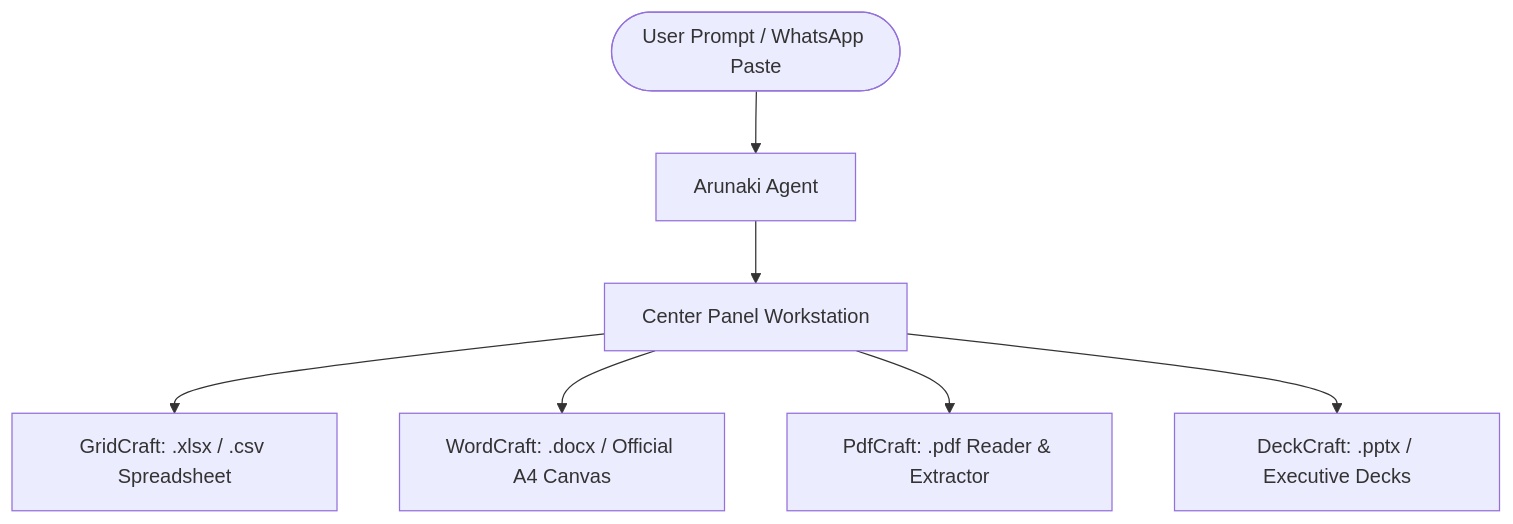
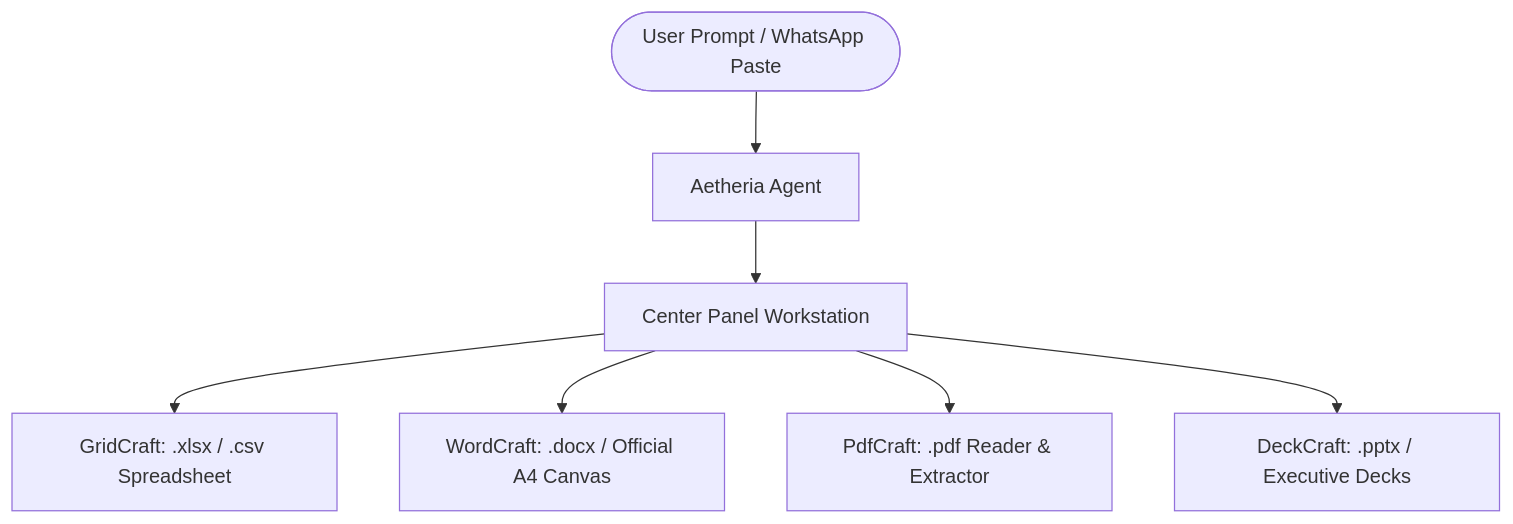
One commit to jlsrngo/AetheriaNexus changed the first of 2 diagrams in README.md. Above: the diagram before and after it, drawn with Mermaid. The commit also changed other lines of this file and 267 other files, not shown here.

Commit message:
chore(rebrand): complete migration from Arunaki to Aetheria across entire repository

````diff
--- a/README.md
+++ b/README.md
@@ -51,9 +51,9 @@
 ```mermaid
 graph TD
-    User([User Prompt / WhatsApp Paste]) --> Agent[Arunaki Agent]
+    User([User Prompt / WhatsApp Paste]) --> Agent[Aetheria Agent]
     Agent --> CenterPanel[Center Panel Workstation]
     CenterPanel --> GridCraft[GridCraft: .xlsx / .csv Spreadsheet]
     CenterPanel --> WordCraft[WordCraft: .docx / Official A4 Canvas]
     CenterPanel --> PdfCraft[PdfCraft: .pdf Reader & Extractor]
     CenterPanel --> DeckCraft[DeckCraft: .pptx / Executive Decks]
 ```
````
